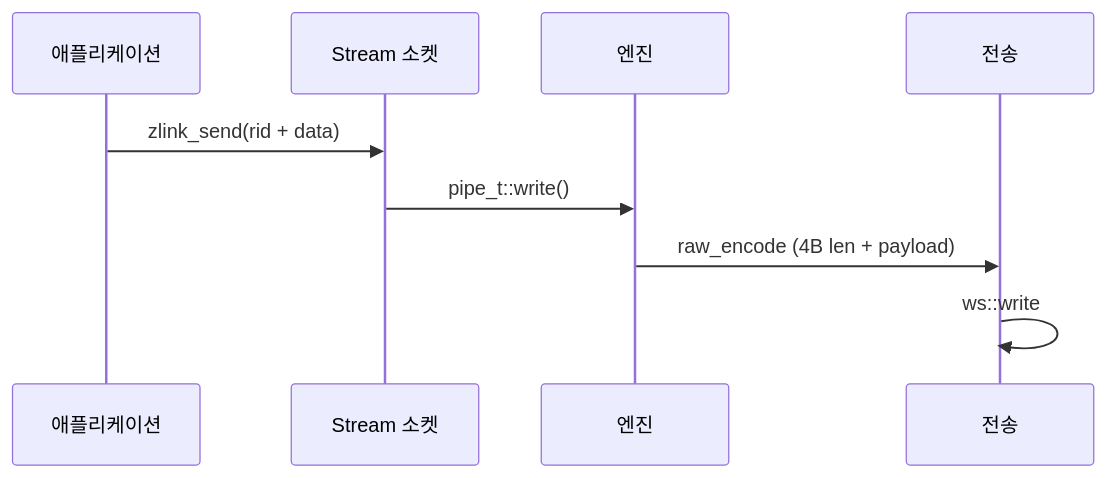
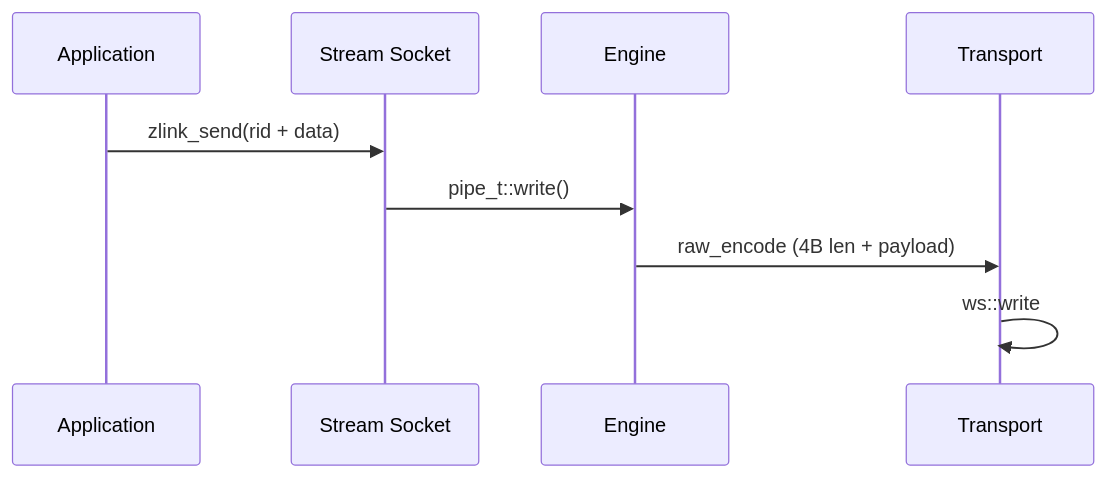
The diagram in doc/internals/stream-socket.ko.md (kairos-code-dev/zlink), drawn with Mermaid before and after one commit. The commit also changed 53 other files, not shown here.

````diff
--- a/doc/internals/stream-socket.ko.md
+++ b/doc/internals/stream-socket.ko.md
@@ -24,12 +24,12 @@
 ```mermaid
 sequenceDiagram
-    participant App as 애플리케이션
-    participant SS as Stream 소켓
-    participant Eng as 엔진
-    participant Tr as 전송
+    participant App as Application
+    participant SS as Stream Socket
+    participant Eng as Engine
+    participant Tr as Transport
 
     App->>SS: zlink_send(rid + data)
     SS->>Eng: pipe_t::write()
     Eng->>Tr: raw_encode (4B len + payload)
     Tr->>Tr: ws::write
 ```
````
